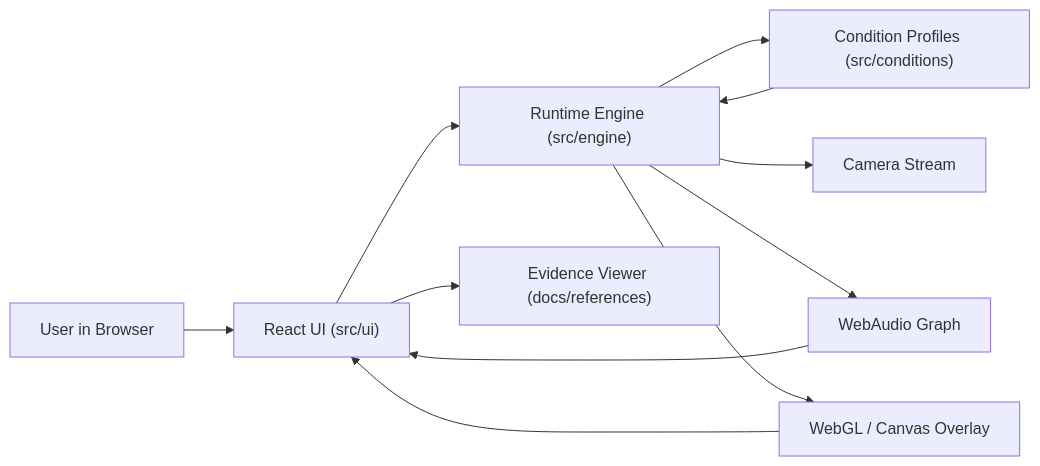
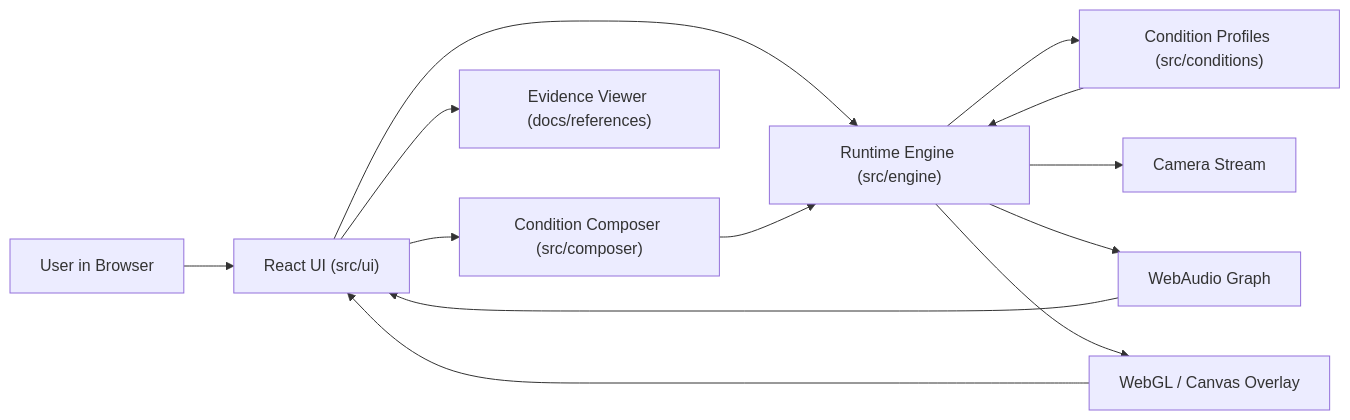
The first of 2 diagrams in README.md (sebastianspicker/inner-echo), drawn with Mermaid before and after one commit. The commit also changed other lines of this file and 23 other files, not shown here.

````diff
--- a/README.md
+++ b/README.md
@@ -66,15 +66,18 @@
 ```mermaid
 flowchart LR
   U["User in Browser"] --> UI["React UI (src/ui)"]
+  UI --> COMP["Condition Composer (src/composer)"]
   UI --> ENG["Runtime Engine (src/engine)"]
   UI --> EVID["Evidence Viewer (docs/references)"]
+
+  COMP --> ENG
 
   ENG --> COND["Condition Profiles (src/conditions)"]
   ENG --> CAM["Camera Stream"]
   ENG --> AUD["WebAudio Graph"]
   ENG --> RENDER["WebGL / Canvas Overlay"]
 
   COND --> ENG
   RENDER --> UI
   AUD --> UI
 ```
````
